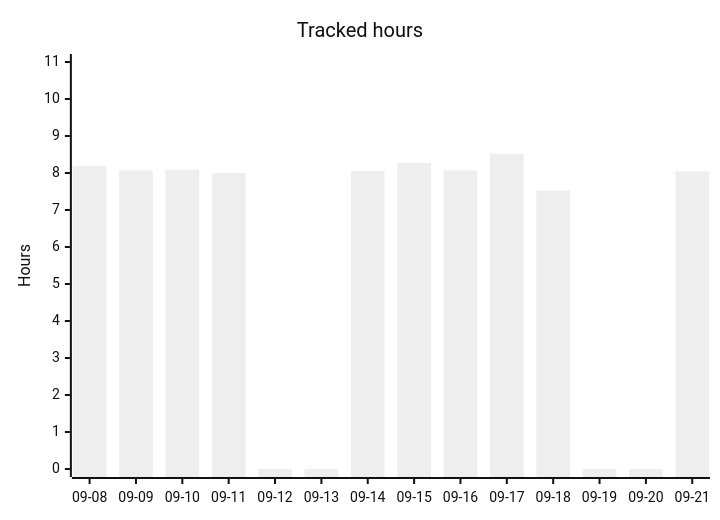
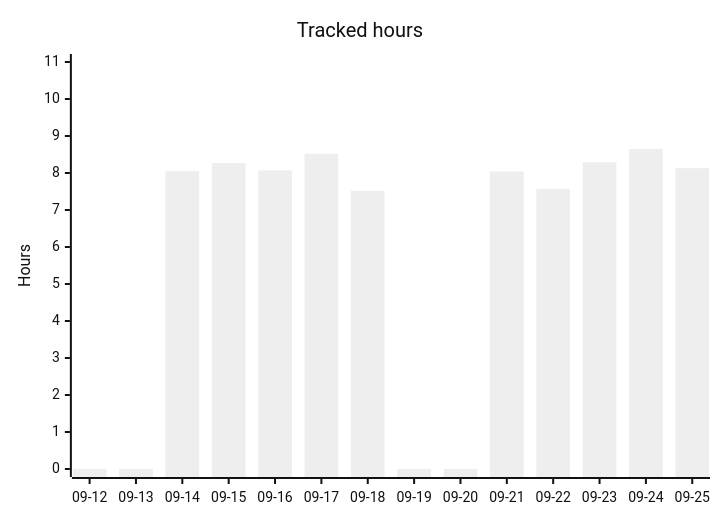
One commit to albinforsberg-netizen/timeclock changed the second of 5 diagrams in README.org. Above: the diagram before and after it, drawn with Mermaid (neutral theme). The commit also changed other lines of this file, not shown here.

```diff
--- a/README.org
+++ b/README.org
@@ -97,7 +97,7 @@
 #+begin_src mermaid
 xychart-beta
     title "Tracked hours"
-    x-axis ["09-08", "09-09", "09-10", "09-11", "09-12", "09-13", "09-14", "09-15", "09-16", "09-17", "09-18", "09-19", "09-20", "09-21"]
+    x-axis ["09-12", "09-13", "09-14", "09-15", "09-16", "09-17", "09-18", "09-19", "09-20", "09-21", "09-22", "09-23", "09-24", "09-25"]
     y-axis "Hours" 0 --> 11
-    bar [8.19, 8.07, 8.09, 8.00, 0.00, 0.00, 8.05, 8.27, 8.07, 8.52, 7.52, 0.00, 0.00, 8.04]
+    bar [0.00, 0.00, 8.05, 8.27, 8.07, 8.52, 7.52, 0.00, 0.00, 8.04, 7.57, 8.29, 8.65, 8.13]
 #+end_src
```
